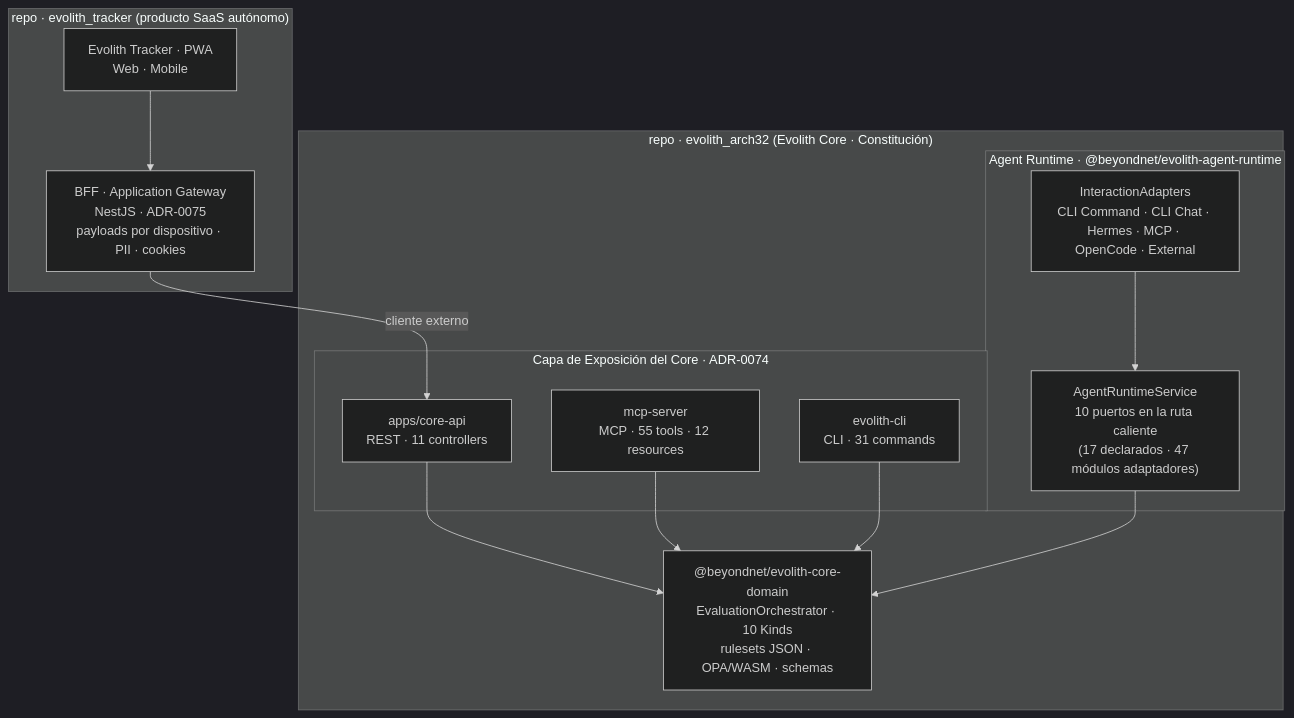
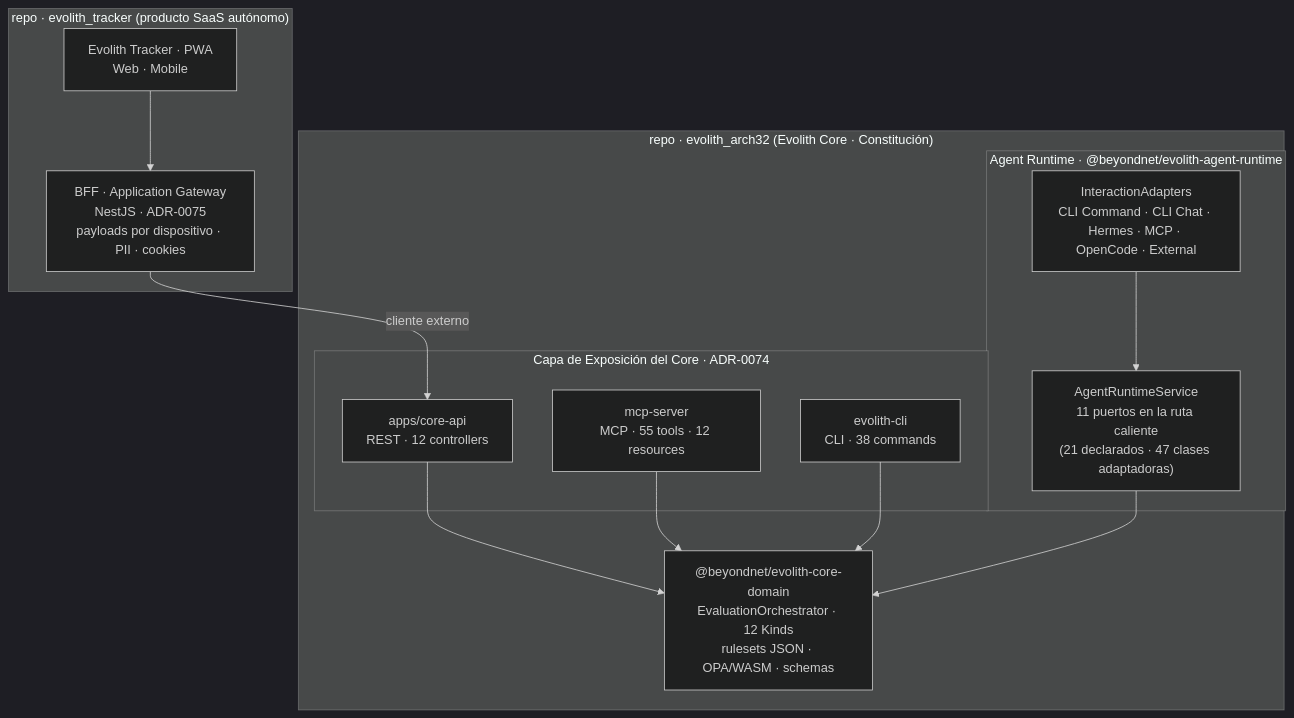
The diagram in product/suite/vision/evolith-product-vision-master.es.md (beyondnetcode/evolith_arch32), drawn with Mermaid (dark theme) before and after one commit. The commit also changed other lines of this file and 16 other files, not shown here.

````diff
--- a/product/suite/vision/evolith-product-vision-master.es.md
+++ b/product/suite/vision/evolith-product-vision-master.es.md
@@ -157,24 +166,24 @@
 ```mermaid
 flowchart TB
   subgraph TRK["repo · evolith_tracker (producto SaaS autónomo)"]
     PWA["Evolith Tracker · PWA<br/>Web · Mobile"] --> BFF["BFF · Application Gateway<br/>NestJS · ADR-0075<br/>payloads por dispositivo · PII · cookies"]
   end
   subgraph CORE["repo · evolith_arch32 (Evolith Core · Constitución)"]
     subgraph EXP["Capa de Exposición del Core · ADR-0074"]
-      API["apps/core-api<br/>REST · 11 controllers"]
+      API["apps/core-api<br/>REST · 12 controllers"]
       MCP["mcp-server<br/>MCP · 55 tools · 12 resources"]
-      CLI["evolith-cli<br/>CLI · 31 commands"]
+      CLI["evolith-cli<br/>CLI · 38 commands"]
     end
     subgraph RT["Agent Runtime · @beyondnet/evolith-agent-runtime"]
-      ARS["AgentRuntimeService<br/>10 puertos en la ruta caliente<br/>(17 declarados · 47 módulos adaptadores)"]
+      ARS["AgentRuntimeService<br/>11 puertos en la ruta caliente<br/>(21 declarados · 47 clases adaptadoras)"]
       IA["InteractionAdapters<br/>CLI Command · CLI Chat · Hermes · MCP · OpenCode · External"]
     end
-    DOM["@beyondnet/evolith-core-domain<br/>EvaluationOrchestrator · 10 Kinds<br/>rulesets JSON · OPA/WASM · schemas"]
+    DOM["@beyondnet/evolith-core-domain<br/>EvaluationOrchestrator · 12 Kinds<br/>rulesets JSON · OPA/WASM · schemas"]
     API --> DOM
     MCP --> DOM
     CLI --> DOM
     ARS --> DOM
     IA --> ARS
   end
   BFF -->|cliente externo| API
 ```
````
